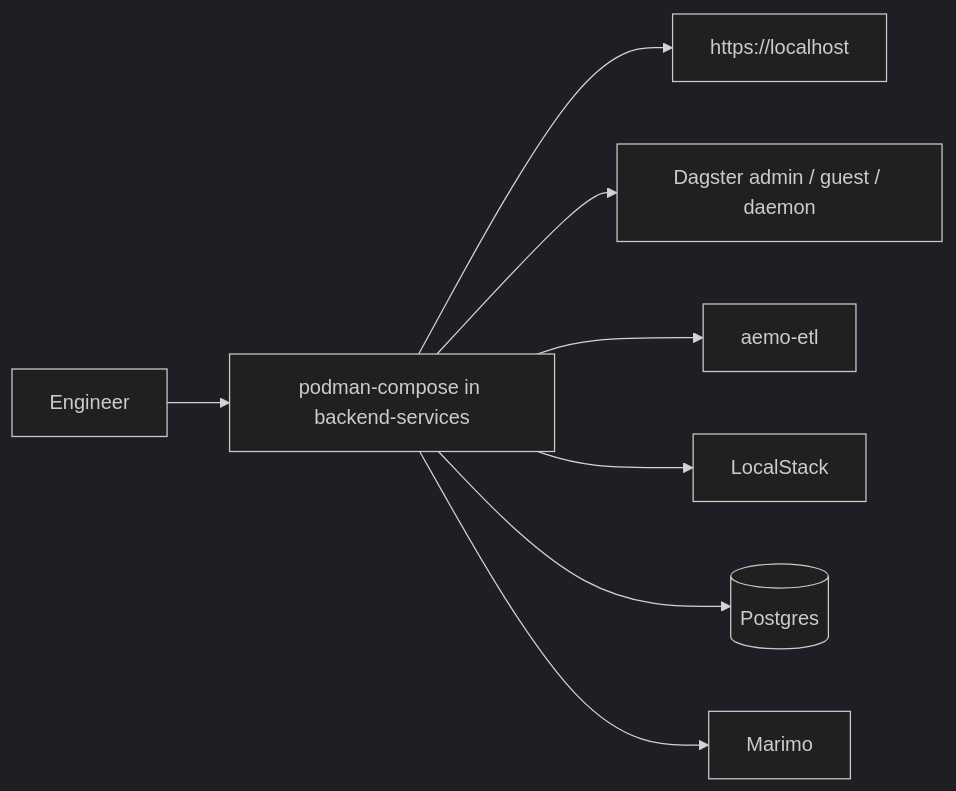
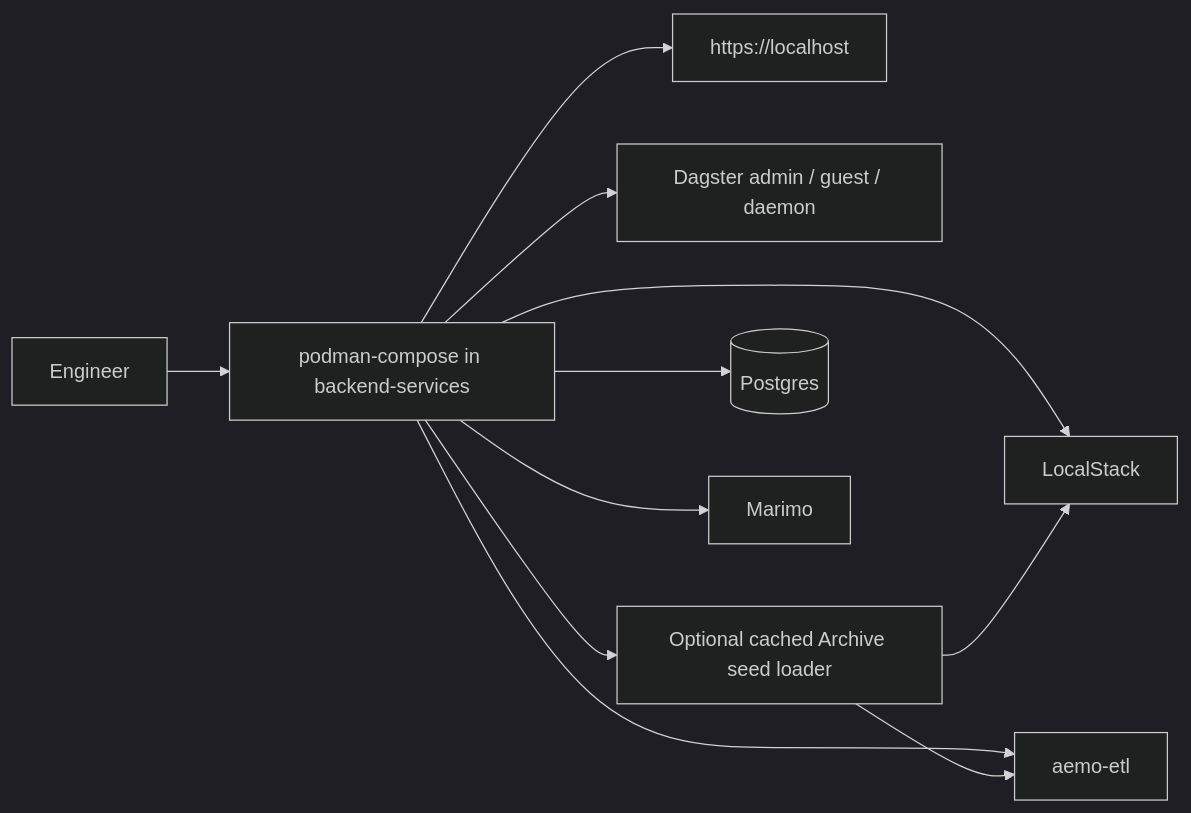
Before and after one commit to Chr1sC0de/energy-market-delta-lake: the second of 2 diagrams in docs/workflow.md, drawn with Mermaid (dark theme). The commit also changed other lines of this file and 15 other files, not shown here.

Commit message:
Implement issue #52: Build cached Archive seed refresh for AEMO ETL e2e

````diff
--- a/docs/workflow.md
+++ b/docs/workflow.md
@@ -78,10 +78,13 @@
 ```mermaid
 flowchart LR
   DEV[Engineer] --> COMPOSE[podman-compose in backend-services]
   COMPOSE --> CADDY[https://localhost]
   COMPOSE --> DAGSTER[Dagster admin / guest / daemon]
+  COMPOSE --> SEED[Optional cached Archive seed loader]
   COMPOSE --> USERCODE[aemo-etl]
   COMPOSE --> LOCALSTACK[LocalStack]
   COMPOSE --> PG[(Postgres)]
   COMPOSE --> MARIMO[Marimo]
+  SEED --> LOCALSTACK
+  SEED --> USERCODE
 ```
````
